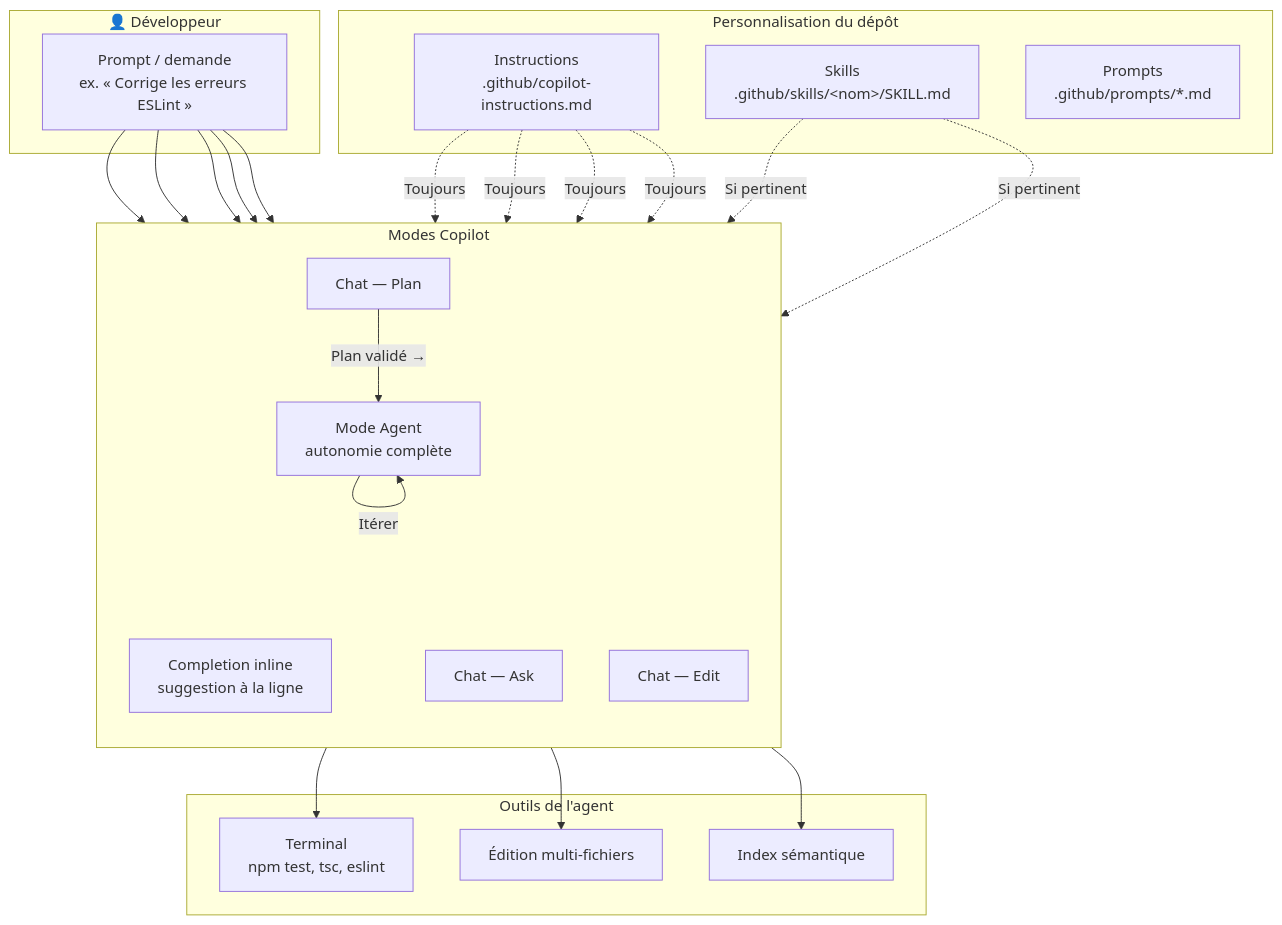
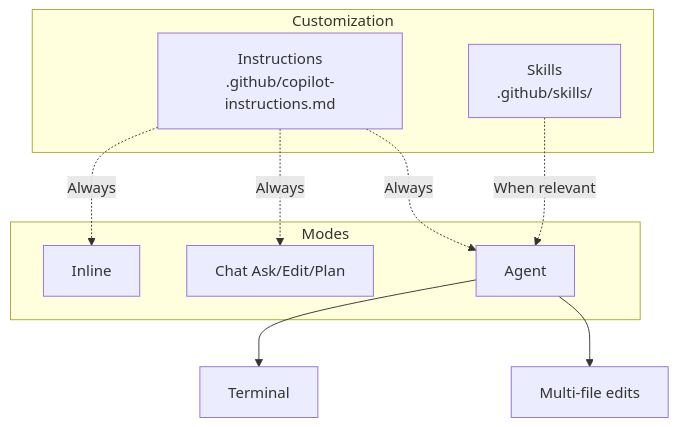
One commit to RDFormations/GH_Copilot_TS changed the second of 2 diagrams in Cours.md. Above: the diagram before and after it, drawn with Mermaid. The commit also changed other lines of this file and 13 other files, not shown here.

First line of the commit message:
fix: module 4 order (Instructions → Skills → Agent)

````diff
--- a/Cours.md
+++ b/Cours.md
@@ -668,48 +664,18 @@
 ```mermaid
 flowchart TB
- subgraph Dev["👤 Développeur"]
- Q["Prompt / demande<br/>ex. « Corrige les erreurs ESLint »"]
+ subgraph Perso["Customization"]
+ Inst["Instructions<br/>.github/copilot-instructions.md"]
+ Skill["Skills<br/>.github/skills/"]
  end
-
- subgraph Modes["Modes Copilot"]
- direction TB
- Inline["Completion inline<br/>suggestion à la ligne"]
- Ask["Chat — Ask"]
- Edit["Chat — Edit"]
- Plan["Chat — Plan"]
- Agent["Mode Agent<br/>autonomie complète"]
+ subgraph Modes["Modes"]
+ Inline["Inline"]
+ Chat["Chat Ask/Edit/Plan"]
+ Agent["Agent"]
  end
-
- subgraph Perso["Personnalisation du dépôt"]
- Inst["Instructions<br/>.github/copilot-instructions.md"]
- Skill["Skills<br/>.github/skills/&lt;nom&gt;/SKILL.md"]
- PromptF["Prompts<br/>.github/prompts/*.md"]
- end
-
- subgraph Outils["Outils de l'agent"]
- Term["Terminal<br/>npm test, tsc, eslint"]
- Files["Édition multi-fichiers"]
- Search["Index sémantique"]
- end
-
- Q --> Inline
- Q --> Ask
- Q --> Edit
- Q --> Plan
- Q --> Agent
-
- Inst -.->|"Toujours"| Inline
- Inst -.->|"Toujours"| Ask
- Inst -.->|"Toujours"| Edit
- Inst -.->|"Toujours"| Agent
-
- Skill -.->|"Si pertinent"| Agent
- Skill -.->|"Si pertinent"| Ask
-
- Agent --> Term
- Agent --> Files
- Agent --> Search
- Agent -->|"Itérer"| Agent
-
- Plan -->|"Plan validé →"| Agent
+ Inst -.->|"Always"| Inline
+ Inst -.->|"Always"| Chat
+ Inst -.->|"Always"| Agent
+ Skill -.->|"When relevant"| Agent
+ Agent --> Term["Terminal"]
+ Agent --> Files["Multi-file edits"]
 ```
````
